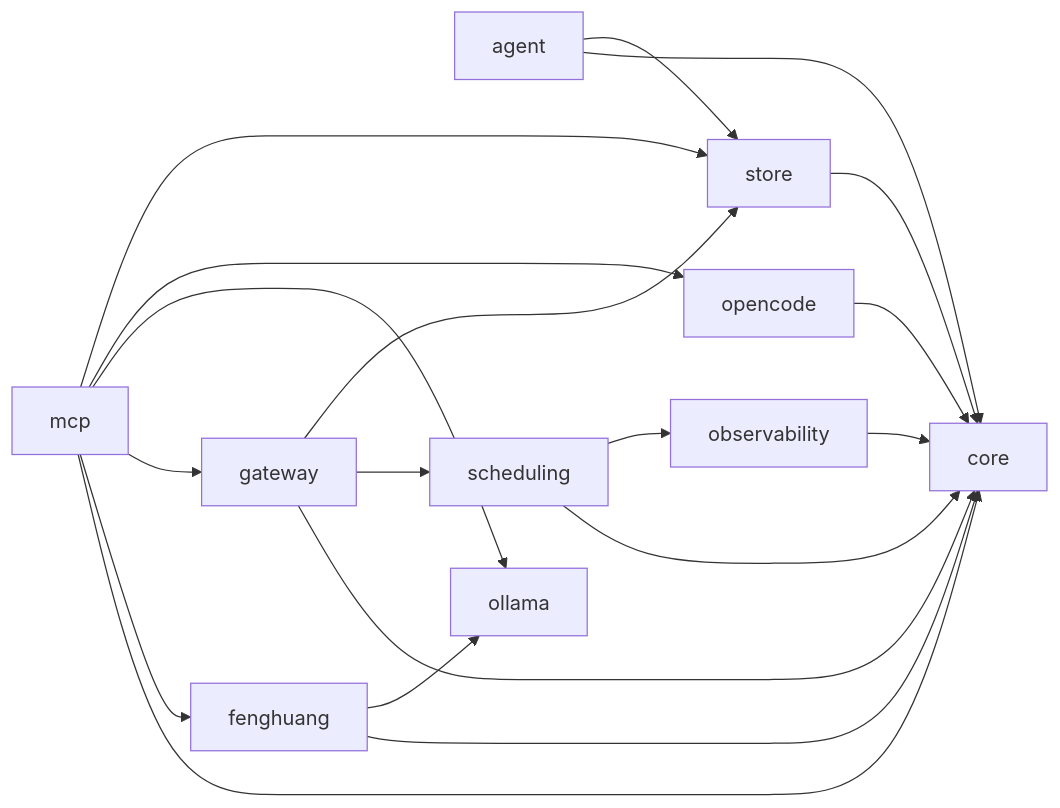
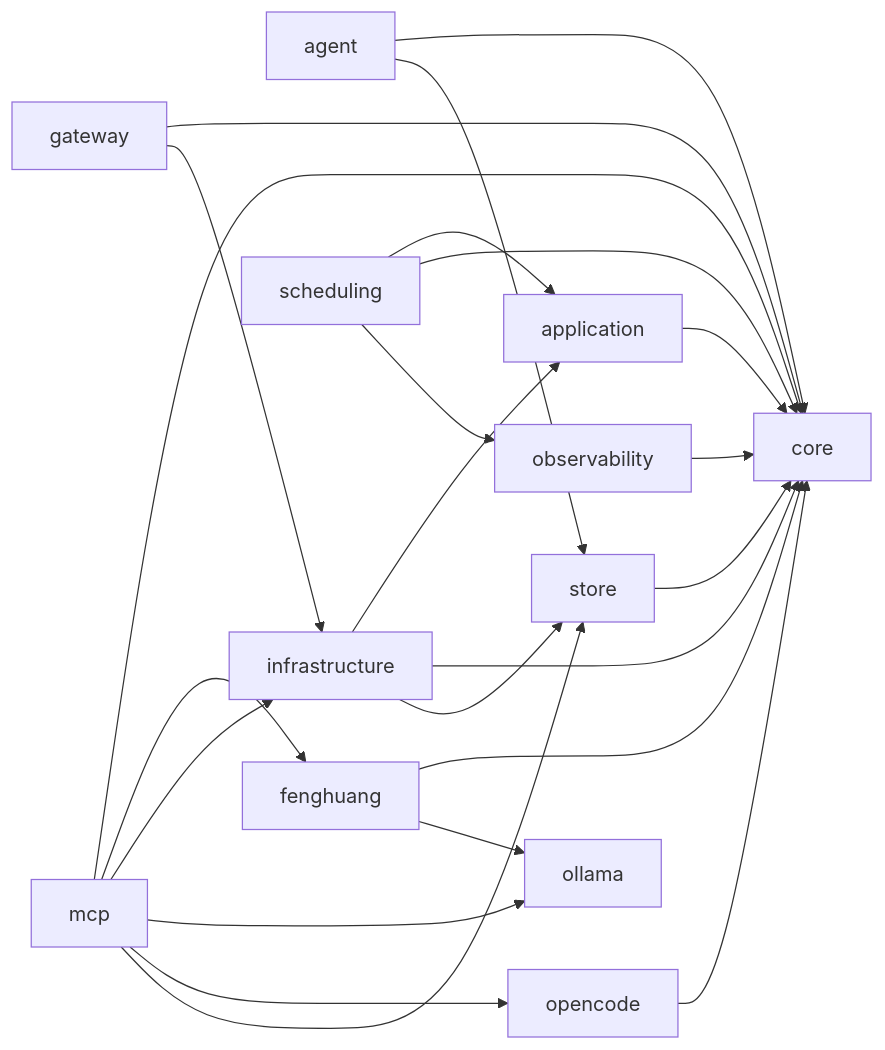
Before and after one commit to OJII3/vicissitude: the diagram in docs/DEPS.md, drawn with Mermaid. The commit also changed other lines of this file and 23 other files, not shown here.

First line of the commit message:
refactor: enforce architecture boundaries (#110)

````diff
--- a/docs/DEPS.md
+++ b/docs/DEPS.md
@@ -7,23 +7,27 @@
 ```mermaid
 graph LR
   agent --> core
   agent --> store
+  application --> core
   core
   fenghuang --> core
   fenghuang --> ollama
   gateway --> core
-  gateway --> scheduling
-  gateway --> store
+  gateway --> infrastructure
+  infrastructure --> application
+  infrastructure --> core
+  infrastructure --> store
   mcp --> core
   mcp --> fenghuang
-  mcp --> gateway
+  mcp --> infrastructure
   mcp --> ollama
   mcp --> opencode
   mcp --> store
   observability --> core
   ollama
   opencode --> core
+  scheduling --> application
   scheduling --> core
   scheduling --> observability
   store --> core
 ```
````
